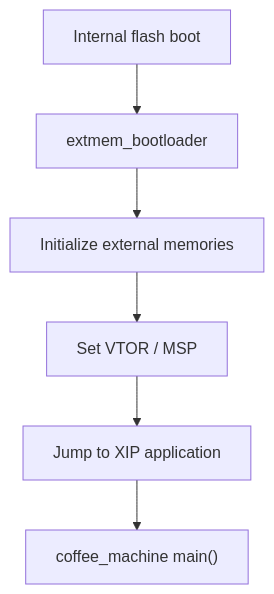
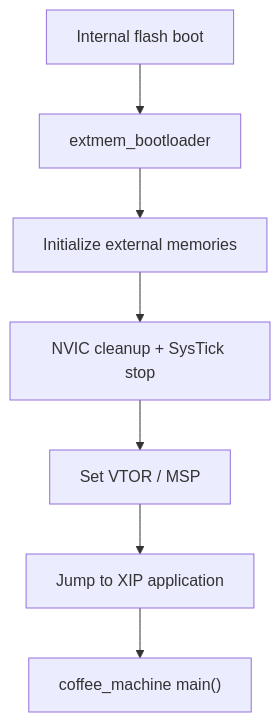
The third of 3 diagrams in docs/01-architecture/README.md (embmike/coffe_machine), drawn with Mermaid before and after one commit. The commit also changed other lines of this file, not shown here.

Commit message:
Filled architecture chapter 01-archtecture

````diff
--- a/docs/01-architecture/README.md
+++ b/docs/01-architecture/README.md
@@ -25,8 +217,9 @@
 ```mermaid
 flowchart TD
     A["Internal flash boot"] --> B["extmem_bootloader"]
     B --> C["Initialize external memories"]
-    C --> D["Set VTOR / MSP"]
-    D --> E["Jump to XIP application"]
-    E --> F["coffee_machine main()"]
+    C --> D["NVIC cleanup + SysTick stop"]
+    D --> E["Set VTOR / MSP"]
+    E --> F["Jump to XIP application"]
+    F --> G["coffee_machine main()"]
 ```
````
